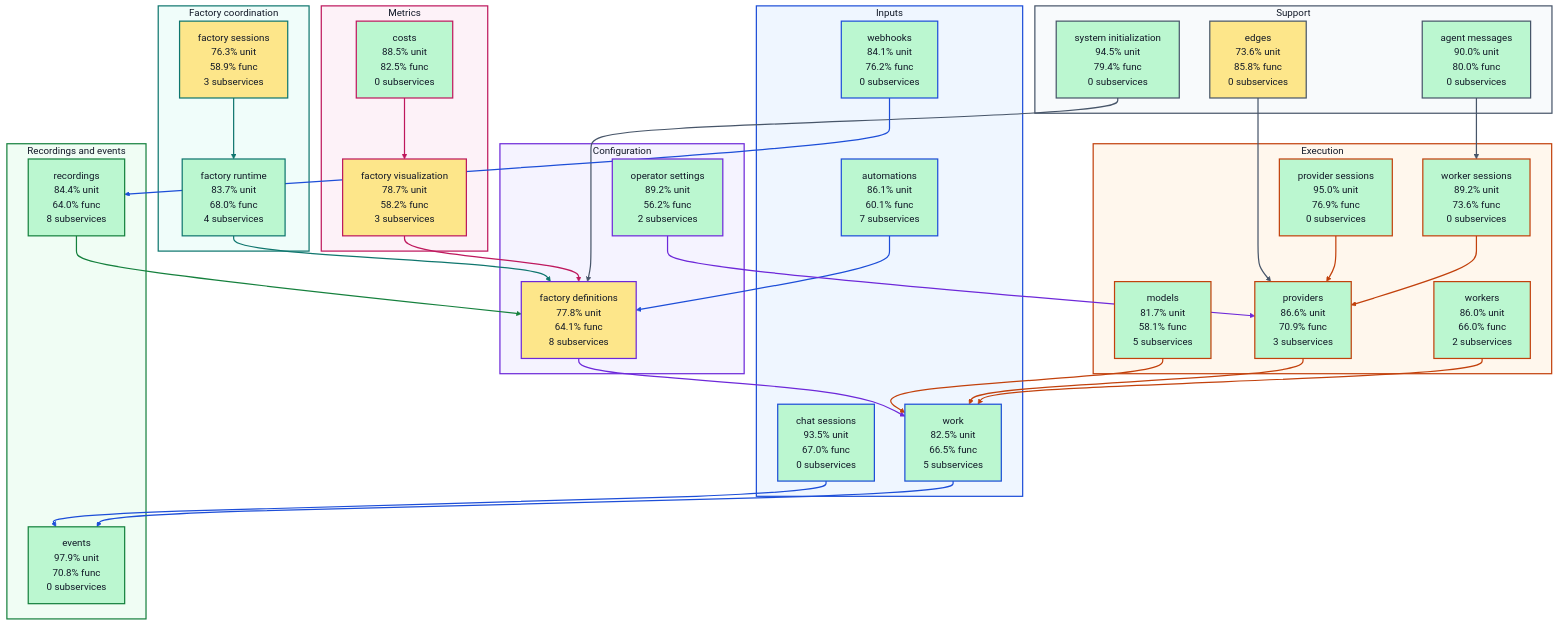
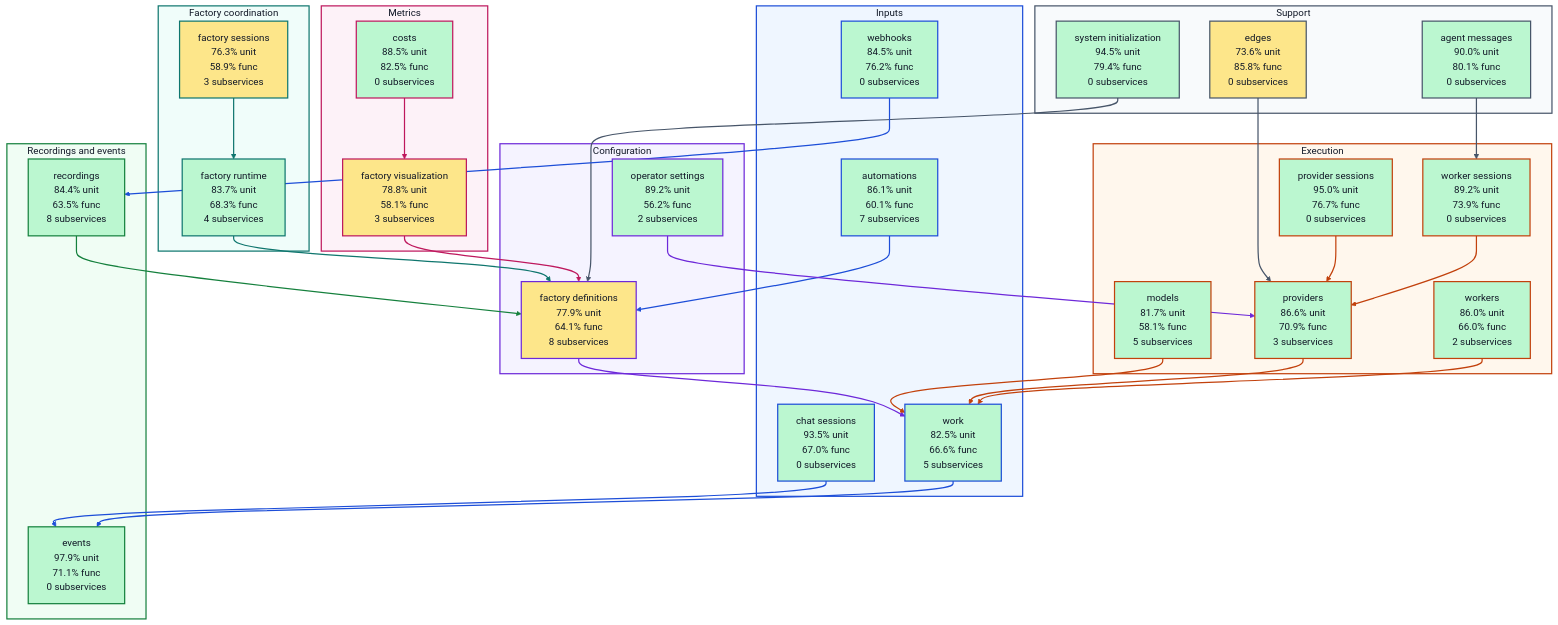
The diagram in docs/architecture/visualizations/high-level-test-coverage.md (portpowered/you-agent-factory), drawn with Mermaid before and after one commit. The commit also changed other lines of this file and 21 other files, not shown here.

Commit message:
docs: refresh backend architecture visualizations (#3282)

```diff
--- a/docs/architecture/visualizations/high-level-test-coverage.md
+++ b/docs/architecture/visualizations/high-level-test-coverage.md
@@ -13,34 +13,34 @@
   subgraph input["Inputs"]
     s_services_automations["automations<br/>86.1% unit<br/>60.1% func<br/>7 subservices"]
     s_services_chat_sessions["chat sessions<br/>93.5% unit<br/>67.0% func<br/>0 subservices"]
-    s_services_webhooks["webhooks<br/>84.1% unit<br/>76.2% func<br/>0 subservices"]
-    s_services_work["work<br/>82.5% unit<br/>66.5% func<br/>5 subservices"]
+    s_services_webhooks["webhooks<br/>84.5% unit<br/>76.2% func<br/>0 subservices"]
+    s_services_work["work<br/>82.5% unit<br/>66.6% func<br/>5 subservices"]
   end
   subgraph configuration["Configuration"]
-    s_services_factory_definitions["factory definitions<br/>77.8% unit<br/>64.1% func<br/>8 subservices"]
+    s_services_factory_definitions["factory definitions<br/>77.9% unit<br/>64.1% func<br/>8 subservices"]
     s_services_operator_settings["operator settings<br/>89.2% unit<br/>56.2% func<br/>2 subservices"]
   end
   subgraph coordination["Factory coordination"]
-    s_services_factory_runtime["factory runtime<br/>83.7% unit<br/>68.0% func<br/>4 subservices"]
+    s_services_factory_runtime["factory runtime<br/>83.7% unit<br/>68.3% func<br/>4 subservices"]
     s_services_factory_sessions["factory sessions<br/>76.3% unit<br/>58.9% func<br/>3 subservices"]
   end
   subgraph execution["Execution"]
     s_services_models["models<br/>81.7% unit<br/>58.1% func<br/>5 subservices"]
-    s_services_provider_sessions["provider sessions<br/>95.0% unit<br/>76.9% func<br/>0 subservices"]
+    s_services_provider_sessions["provider sessions<br/>95.0% unit<br/>76.7% func<br/>0 subservices"]
     s_services_providers["providers<br/>86.6% unit<br/>70.9% func<br/>3 subservices"]
-    s_services_worker_sessions["worker sessions<br/>89.2% unit<br/>73.6% func<br/>0 subservices"]
+    s_services_worker_sessions["worker sessions<br/>89.2% unit<br/>73.9% func<br/>0 subservices"]
     s_services_workers["workers<br/>86.0% unit<br/>66.0% func<br/>2 subservices"]
   end
   subgraph recordings["Recordings and events"]
-    s_services_events["events<br/>97.9% unit<br/>70.8% func<br/>0 subservices"]
-    s_services_recordings["recordings<br/>84.4% unit<br/>64.0% func<br/>8 subservices"]
+    s_services_events["events<br/>97.9% unit<br/>71.1% func<br/>0 subservices"]
+    s_services_recordings["recordings<br/>84.4% unit<br/>63.5% func<br/>8 subservices"]
   end
   subgraph metrics["Metrics"]
     s_services_costs["costs<br/>88.5% unit<br/>82.5% func<br/>0 subservices"]
-    s_services_factory_visualization["factory visualization<br/>78.7% unit<br/>58.2% func<br/>3 subservices"]
+    s_services_factory_visualization["factory visualization<br/>78.8% unit<br/>58.1% func<br/>3 subservices"]
   end
   subgraph support["Support"]
-    s_services_agent_messages["agent messages<br/>90.0% unit<br/>80.0% func<br/>0 subservices"]
+    s_services_agent_messages["agent messages<br/>90.0% unit<br/>80.1% func<br/>0 subservices"]
     s_services_edges["edges<br/>73.6% unit<br/>85.8% func<br/>0 subservices"]
     s_services_system_initialization["system initialization<br/>94.5% unit<br/>79.4% func<br/>0 subservices"]
   end
```
